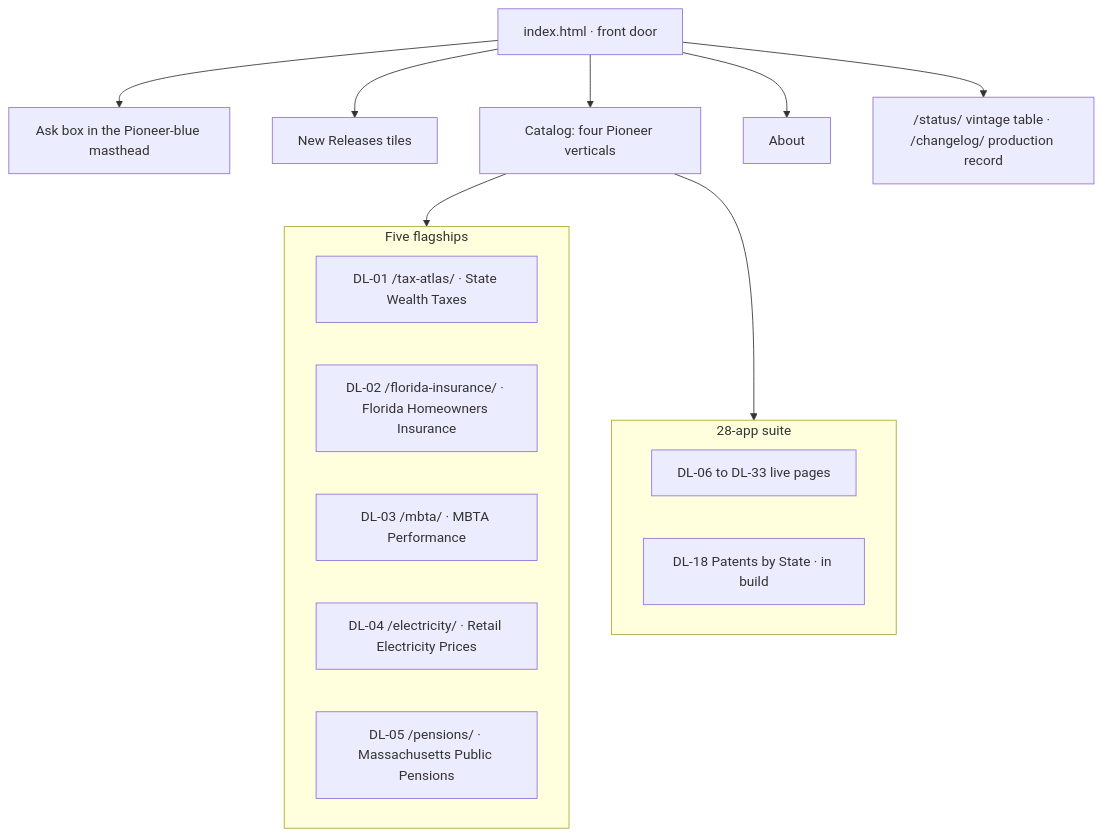
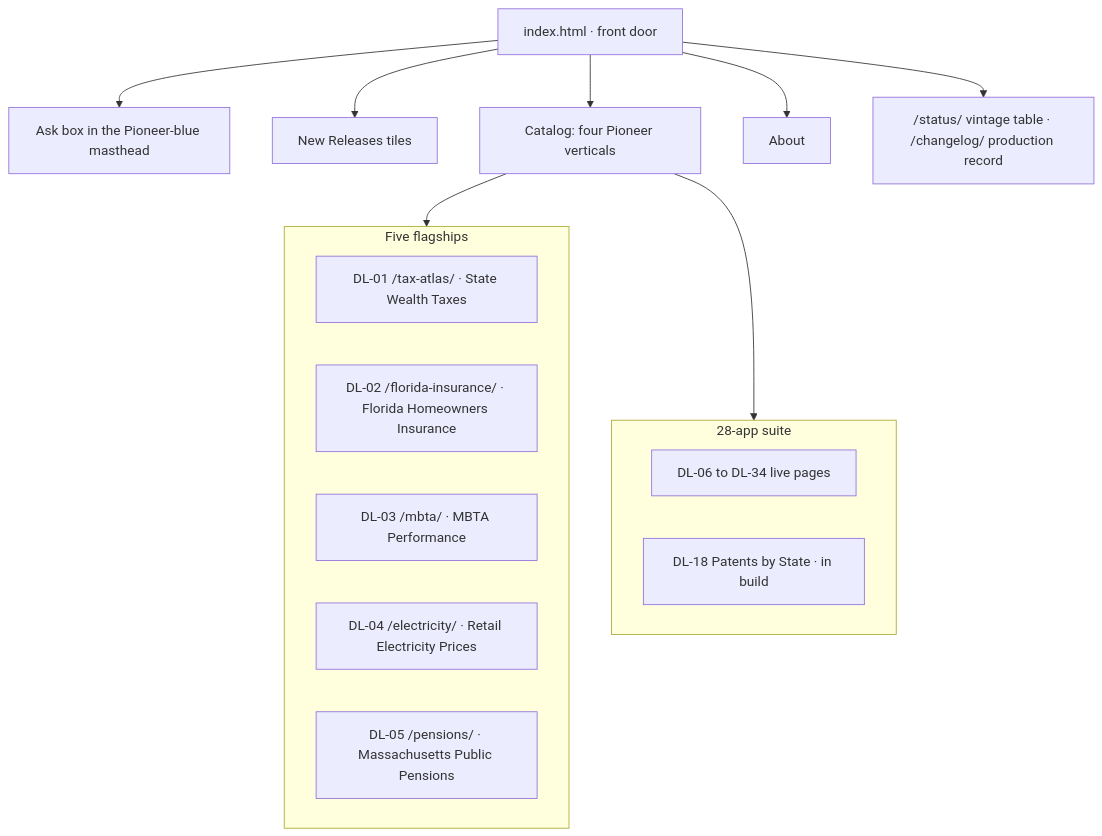
Before and after one commit to jcalabr3ez/datalabs-prototype: the second of 8 diagrams in ARCHITECTURE.md, drawn with Mermaid. The commit also changed other lines of this file and 27 other files, not shown here.

````diff
--- a/ARCHITECTURE.md
+++ b/ARCHITECTURE.md
@@ -39,23 +39,23 @@
 ```mermaid
 flowchart TB
   Door["index.html · front door"]
   Door --> AskBox[Ask box in the Pioneer-blue masthead]
   Door --> Releases[New Releases tiles]
   Door --> Catalog[Catalog: four Pioneer verticals]
   Door --> About[About]
   Catalog --> Flagships
   Catalog --> Suite
   subgraph Flagships [Five flagships]
     DL01["DL-01 /tax-atlas/ · State Wealth Taxes"]
     DL02["DL-02 /florida-insurance/ · Florida Homeowners Insurance"]
     DL03["DL-03 /mbta/ · MBTA Performance"]
     DL04["DL-04 /electricity/ · Retail Electricity Prices"]
     DL05["DL-05 /pensions/ · Massachusetts Public Pensions"]
   end
   subgraph Suite [28-app suite]
-    Live["DL-06 to DL-33 live pages"]
+    Live["DL-06 to DL-34 live pages"]
     Stub["DL-18 Patents by State · in build"]
   end
   Ops["/status/ vintage table · /changelog/ production record"]
   Door --> Ops
 ```
````
